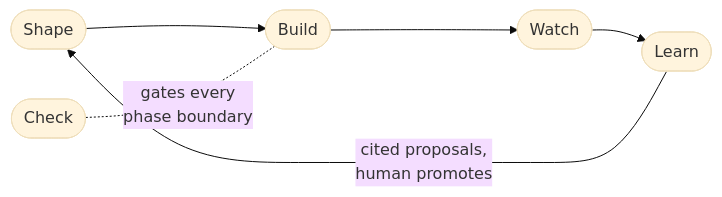
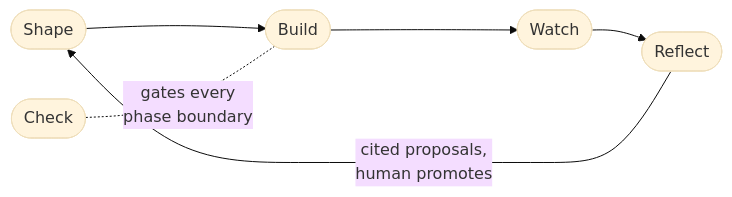
Before and after one commit to dwarvesf/dwarves-kit: the second of 2 diagrams in README.md, drawn with Mermaid (base theme). The commit also changed other lines of this file and 65 other files, not shown here.

First line of the commit message:
Add understand.teach seam and rename learn to reflect (#560)

````diff
--- a/README.md
+++ b/README.md
@@ -74,6 +74,6 @@
 ```mermaid
 flowchart LR
-  SH([Shape]) --> BD([Build]) --> WA([Watch]) --> LN([Learn])
-  LN -->|cited proposals,<br/>human promotes| SH
+  SH([Shape]) --> BD([Build]) --> WA([Watch]) --> RF([Reflect])
+  RF -->|cited proposals,<br/>human promotes| SH
   CH([Check]) -. gates every<br/>phase boundary .- BD
 ```
````
